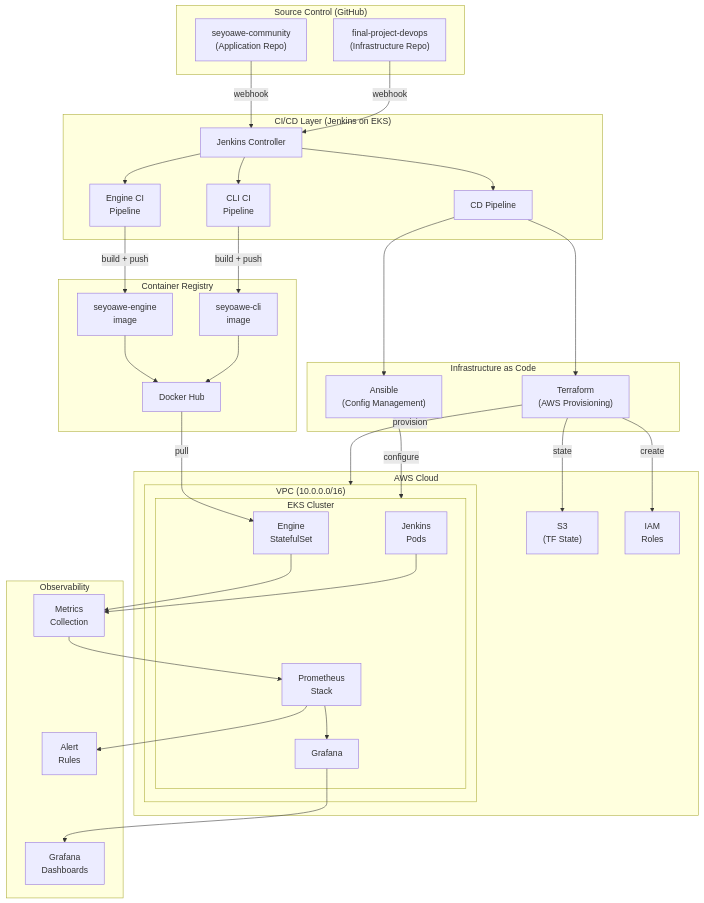
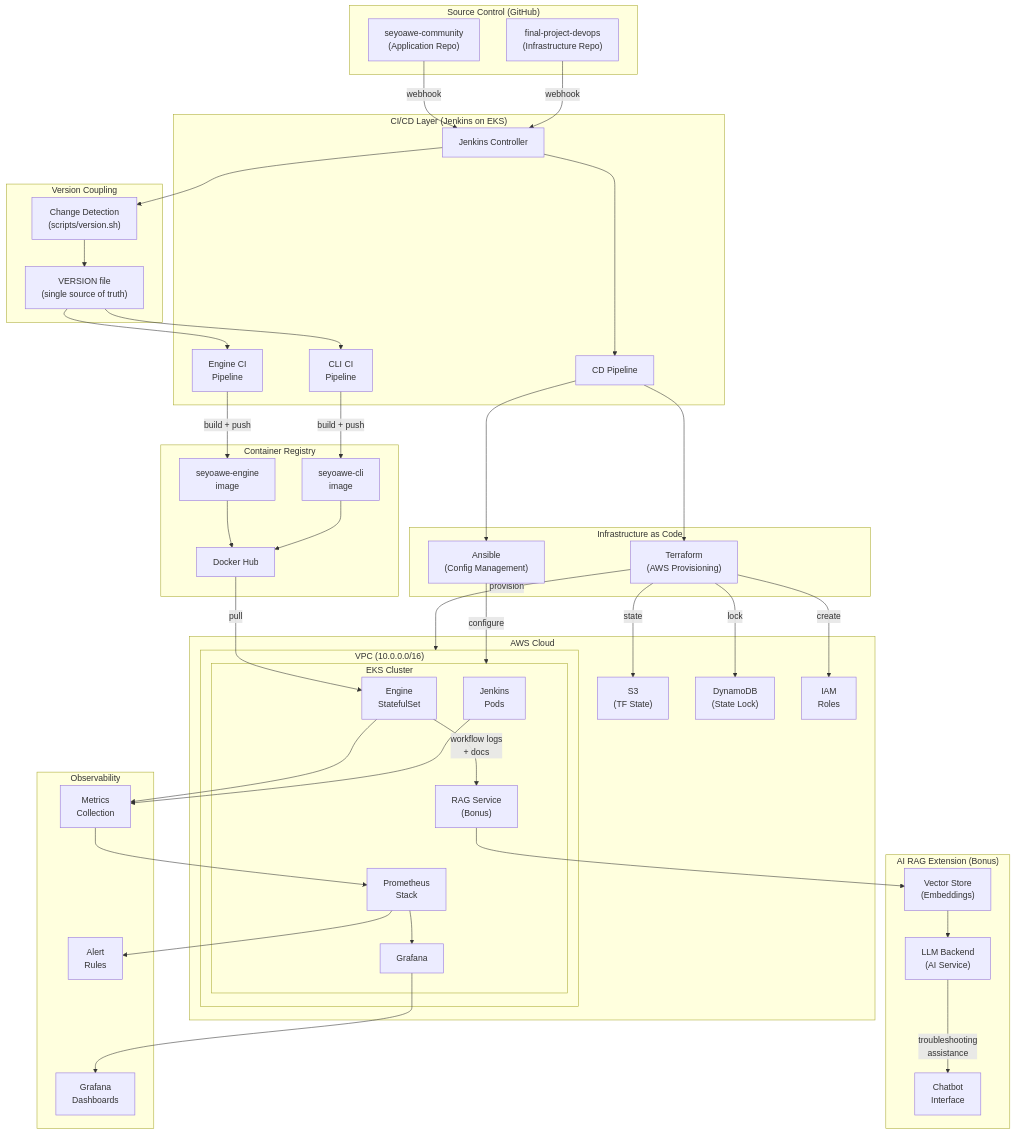
The diagram in .cursor/diagrams-mmd/001_Architecture_Overview.mmd (danielmazh/final-project-devops), drawn with Mermaid before and after one commit. The commit also changed 14 other files, not shown here.

```diff
--- a/.cursor/diagrams-mmd/001_Architecture_Overview.mmd
+++ b/.cursor/diagrams-mmd/001_Architecture_Overview.mmd
@@ -1,74 +1,96 @@
 %% File: .cursor/diagrams/001_Architecture_Overview.mmd
 %% Title: High-Level System Architecture Overview
 %% Pattern: Hub-and-Spoke / Platform Architecture
 %% Scope: All system components, external services, and data flows
+%% Ref: .instructions/final_project.md (full project scope including RAG bonus)
 
 flowchart TB
     subgraph SourceControl ["Source Control (GitHub)"]
         AppRepo["seyoawe-community\n(Application Repo)"]
         InfraRepo["final-project-devops\n(Infrastructure Repo)"]
     end
 
     subgraph CICD ["CI/CD Layer (Jenkins on EKS)"]
         JenkinsCtrl["Jenkins Controller"]
         EngineCI["Engine CI\nPipeline"]
         CLICI["CLI CI\nPipeline"]
         CDPipeline["CD Pipeline"]
+    end
+
+    subgraph VersionControl ["Version Coupling"]
+        VersionFile["VERSION file\n(single source of truth)"]
+        ChangeDetect["Change Detection\n(scripts/version.sh)"]
     end
 
     subgraph Registry ["Container Registry"]
         DockerHub["Docker Hub"]
         EngineImage["seyoawe-engine\nimage"]
         CLIImage["seyoawe-cli\nimage"]
     end
 
     subgraph IaC ["Infrastructure as Code"]
         Terraform["Terraform\n(AWS Provisioning)"]
         Ansible["Ansible\n(Config Management)"]
     end
 
     subgraph AWSCloud ["AWS Cloud"]
         subgraph VPC ["VPC (10.0.0.0/16)"]
             subgraph EKSCluster ["EKS Cluster"]
                 EngineStatefulSet["Engine\nStatefulSet"]
                 JenkinsPod["Jenkins\nPods"]
                 PrometheusStack["Prometheus\nStack"]
                 GrafanaPod["Grafana"]
+                RAGPod["RAG Service\n(Bonus)"]
             end
         end
         S3["S3\n(TF State)"]
+        DynamoDB["DynamoDB\n(State Lock)"]
         IAM["IAM\nRoles"]
     end
 
     subgraph Observability ["Observability"]
         Metrics["Metrics\nCollection"]
         Dashboards["Grafana\nDashboards"]
         Alerts["Alert\nRules"]
     end
 
+    subgraph RAGExtension ["AI RAG Extension (Bonus)"]
+        VectorStore["Vector Store\n(Embeddings)"]
+        LLMBackend["LLM Backend\n(AI Service)"]
+        ChatInterface["Chatbot\nInterface"]
+    end
+
     AppRepo -->|"webhook"| JenkinsCtrl
     InfraRepo -->|"webhook"| JenkinsCtrl
-    JenkinsCtrl --> EngineCI
-    JenkinsCtrl --> CLICI
+    JenkinsCtrl --> ChangeDetect
+    ChangeDetect --> VersionFile
+    VersionFile --> EngineCI
+    VersionFile --> CLICI
     JenkinsCtrl --> CDPipeline
 
     EngineCI -->|"build + push"| EngineImage
     CLICI -->|"build + push"| CLIImage
     EngineImage --> DockerHub
     CLIImage --> DockerHub
 
     CDPipeline --> Terraform
     CDPipeline --> Ansible
     Terraform -->|"provision"| VPC
     Terraform -->|"state"| S3
+    Terraform -->|"lock"| DynamoDB
     Terraform -->|"create"| IAM
     Ansible -->|"configure"| EKSCluster
 
     DockerHub -->|"pull"| EngineStatefulSet
 
     EngineStatefulSet --> Metrics
     JenkinsPod --> Metrics
     Metrics --> PrometheusStack
     PrometheusStack --> GrafanaPod
     GrafanaPod --> Dashboards
     PrometheusStack --> Alerts
+
+    EngineStatefulSet -->|"workflow logs\n+ docs"| RAGPod
+    RAGPod --> VectorStore
+    VectorStore --> LLMBackend
+    LLMBackend -->|"troubleshooting\nassistance"| ChatInterface
```
